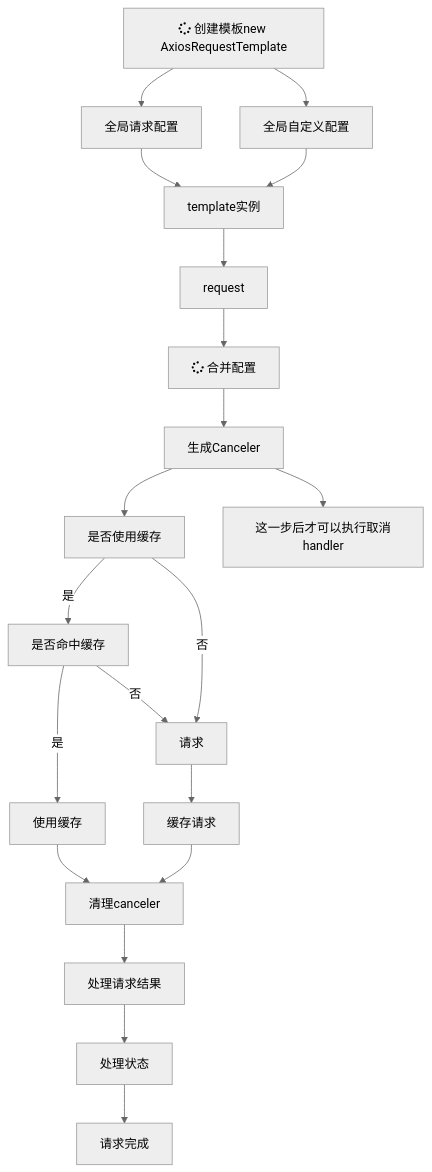
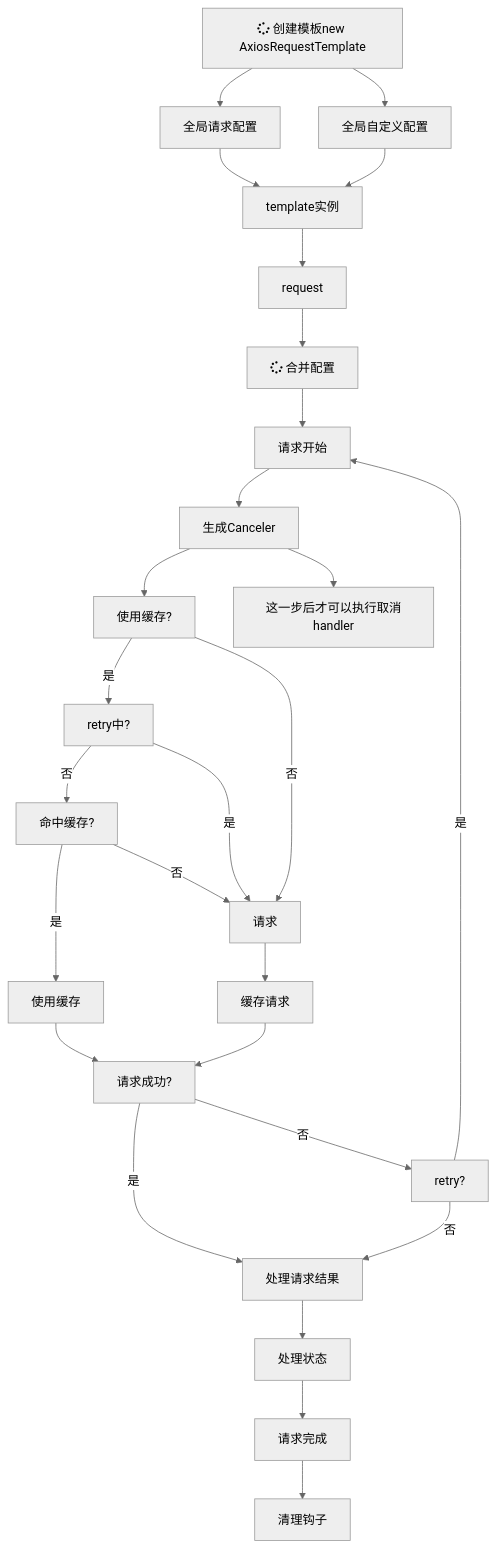
The second of 2 diagrams in README.md (mengxinssfd/request-template), drawn with Mermaid (neutral theme) before and after one commit. The commit also changed other lines of this file, not shown here.

````diff
--- a/README.md
+++ b/README.md
@@ -35,31 +35,44 @@
 ```mermaid
 flowchart 
 MergeConfig[fa:fa-spinner 合并配置]
 CreateTemplate[fa:fa-spinner 创建模板new AxiosRequestTemplate]
 GlobalRequestConfig[全局请求配置]
 GlobalCustomConfig[全局自定义配置]
 
 
 CreateTemplate --> GlobalRequestConfig --> template实例 
 CreateTemplate --> GlobalCustomConfig --> template实例
 
 
 template实例 --> request
 
 
-request --> MergeConfig --> 生成Canceler --> 是否使用缓存
+request --> MergeConfig --> 请求开始 --> 生成Canceler --> 使用缓存?
 
 生成Canceler --> 这一步后才可以执行取消handler
 
-是否使用缓存 --> |是| 是否命中缓存  
-是否命中缓存  --> |是| 使用缓存 --> 清理canceler
-是否命中缓存  --> |否| 请求
-是否使用缓存 --> |否| 请求 --> 缓存请求 --> 清理canceler
+使用缓存? --> |是| retry中?
+retry中? --> |否| 命中缓存?   
+retry中? --> |是| 请求  
 
-清理canceler --> 处理请求结果 --> 处理状态 --> 请求完成
+
+命中缓存?  --> |是| 使用缓存 --> 请求成功?
+命中缓存?  --> |否| 请求
+
+使用缓存? --> |否| 请求 --> 缓存请求  --> 请求成功?
+
+请求成功? --> |是| 处理请求结果
+请求成功? --> |否| retry? 
+
+
+retry? --> |否| 处理请求结果
+retry? --> |是| 请求开始
+
+
+处理请求结果 --> 处理状态 --> 请求完成 --> 清理钩子
 
 
 
 
 
 ```
````
